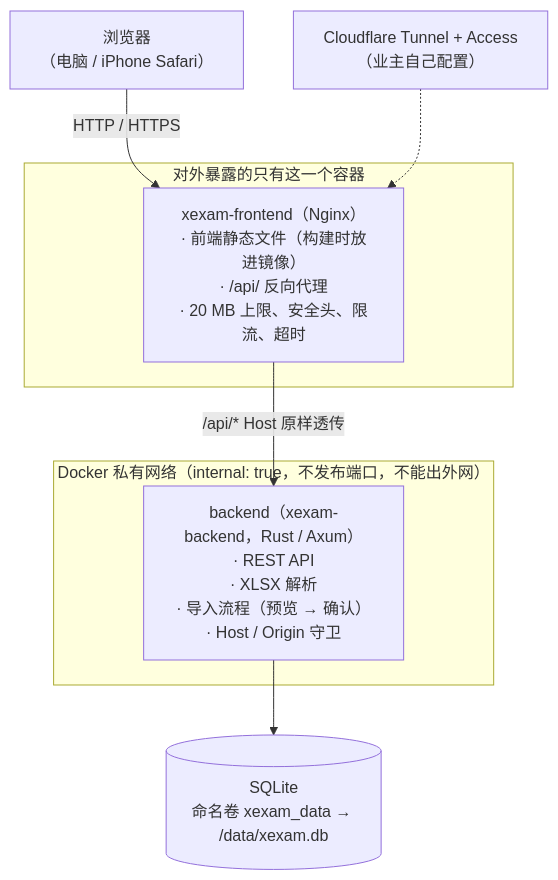
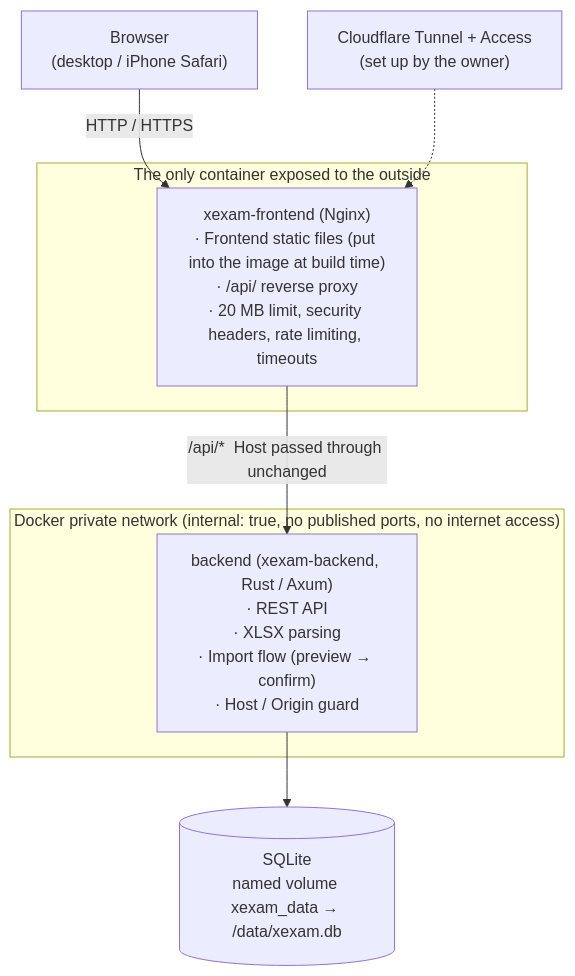
Before and after one commit to Yumin-Space/xexam: the first of 4 diagrams in docs/architecture.md, drawn with Mermaid. The commit also changed other lines of this file and 127 other files, not shown here.

````diff
--- a/docs/architecture.md
+++ b/docs/architecture.md
@@ -8,13 +10,13 @@
 ```mermaid
 flowchart TB
-    U["浏览器<br/>（电脑 / iPhone Safari）"] -->|"HTTP / HTTPS"| N
-    subgraph 公开["对外暴露的只有这一个容器"]
-        N["xexam-frontend（Nginx）<br/>· 前端静态文件（构建时放进镜像）<br/>· /api/ 反向代理<br/>· 20 MB 上限、安全头、限流、超时"]
+    U["Browser<br/>(desktop / iPhone Safari)"] -->|"HTTP / HTTPS"| N
+    subgraph 公开["The only container exposed to the outside"]
+        N["xexam-frontend (Nginx)<br/>· Frontend static files (put into the image at build time)<br/>· /api/ reverse proxy<br/>· 20 MB limit, security headers, rate limiting, timeouts"]
     end
-    subgraph 内网["Docker 私有网络（internal: true，不发布端口，不能出外网）"]
-        B["backend（xexam-backend，Rust / Axum）<br/>· REST API<br/>· XLSX 解析<br/>· 导入流程（预览 → 确认）<br/>· Host / Origin 守卫"]
+    subgraph 内网["Docker private network (internal: true, no published ports, no internet access)"]
+        B["backend (xexam-backend, Rust / Axum)<br/>· REST API<br/>· XLSX parsing<br/>· Import flow (preview → confirm)<br/>· Host / Origin guard"]
     end
-    N -->|"/api/*  Host 原样透传"| B
-    B --> D[("SQLite<br/>命名卷 xexam_data → /data/xexam.db")]
-    CF["Cloudflare Tunnel + Access<br/>（业主自己配置）"] -.-> N
+    N -->|"/api/*  Host passed through unchanged"| B
+    B --> D[("SQLite<br/>named volume xexam_data → /data/xexam.db")]
+    CF["Cloudflare Tunnel + Access<br/>(set up by the owner)"] -.-> N
 ```
````
